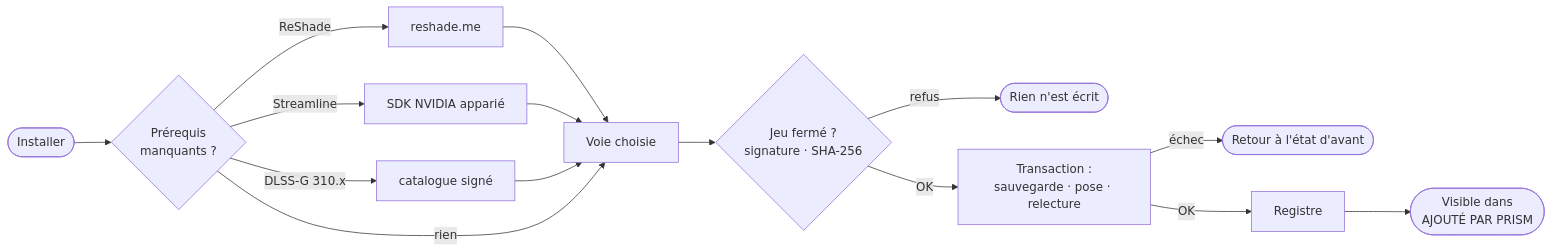
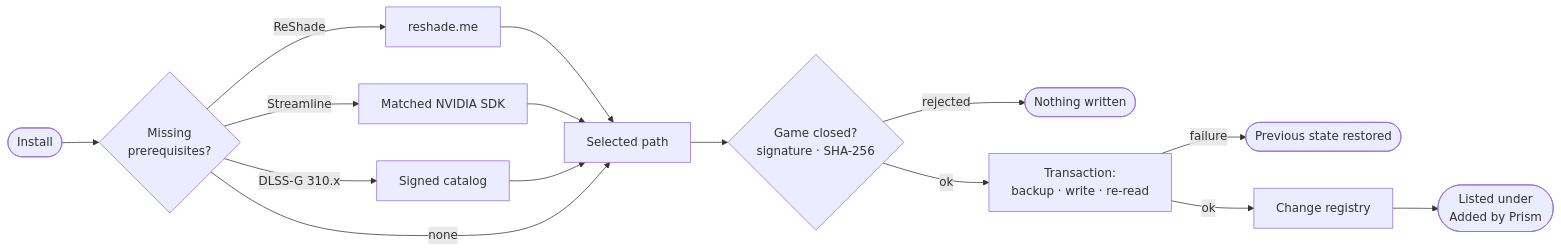
One commit to Skynizz/Prism changed the diagram in README.md. Above: the diagram before and after it, drawn with Mermaid. The commit also changed other lines of this file and 14 other files, not shown here.

````diff
--- a/README.md
+++ b/README.md
@@ -114,15 +135,15 @@
 ```mermaid
 flowchart LR
-    A([Installer]) --> B{Prérequis<br/>manquants ?}
+    A([Install]) --> B{Missing<br/>prerequisites?}
     B -- ReShade --> C[reshade.me]
-    B -- Streamline --> D[SDK NVIDIA apparié]
-    B -- DLSS-G 310.x --> E[catalogue signé]
-    C & D & E --> F[Voie choisie]
-    B -- rien --> F
-    F --> G{Jeu fermé ?<br/>signature · SHA-256}
-    G -- refus --> H([Rien n'est écrit])
-    G -- OK --> I[Transaction :<br/>sauvegarde · pose · relecture]
-    I -- échec --> L([Retour à l'état d'avant])
-    I -- OK --> J[Registre]
-    J --> K([Visible dans<br/>AJOUTÉ PAR PRISM])
+    B -- Streamline --> D[Matched NVIDIA SDK]
+    B -- DLSS-G 310.x --> E[Signed catalog]
+    C & D & E --> F[Selected path]
+    B -- none --> F
+    F --> G{Game closed?<br/>signature · SHA-256}
+    G -- rejected --> H([Nothing written])
+    G -- ok --> I[Transaction:<br/>backup · write · re-read]
+    I -- failure --> L([Previous state restored])
+    I -- ok --> J[Change registry]
+    J --> K([Listed under<br/>Added by Prism])
 ```
````
